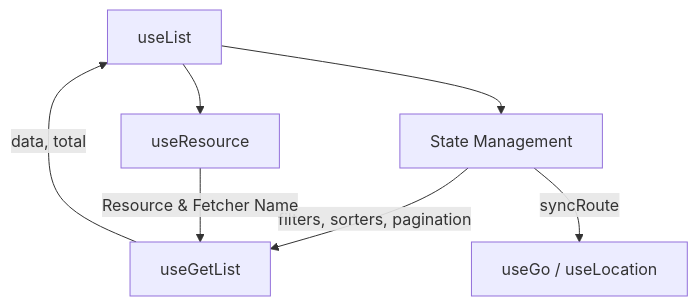
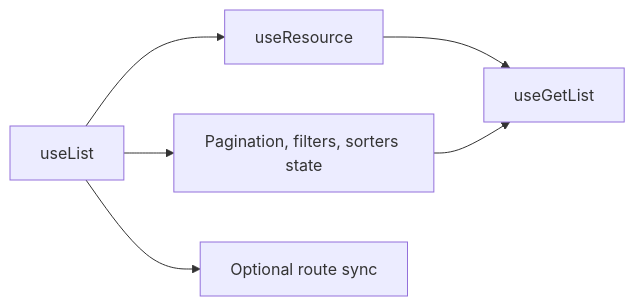
Before and after one commit to aa900031/ginjou: the diagram in docs/content/1.guides/3.list.md, drawn with Mermaid. The commit also changed other lines of this file and 42 other files, not shown here.

````diff
--- a/docs/content/1.guides/3.list.md
+++ b/docs/content/1.guides/3.list.md
@@ -17,9 +19,8 @@
 ```mermaid
-graph TD
+flowchart LR
     A[useList] --> B[useResource]
-    A --> C[State Management]
-    C --> |filters, sorters, pagination| D[useGetList]
-    D --> |data, total| A
-    C --> |syncRoute| E[useGo / useLocation]
-    B -- Resource & Fetcher Name --> D
+    A --> C[Pagination, filters, sorters state]
+    B --> D[useGetList]
+    C --> D
+    A --> E[Optional route sync]
 ```
````
